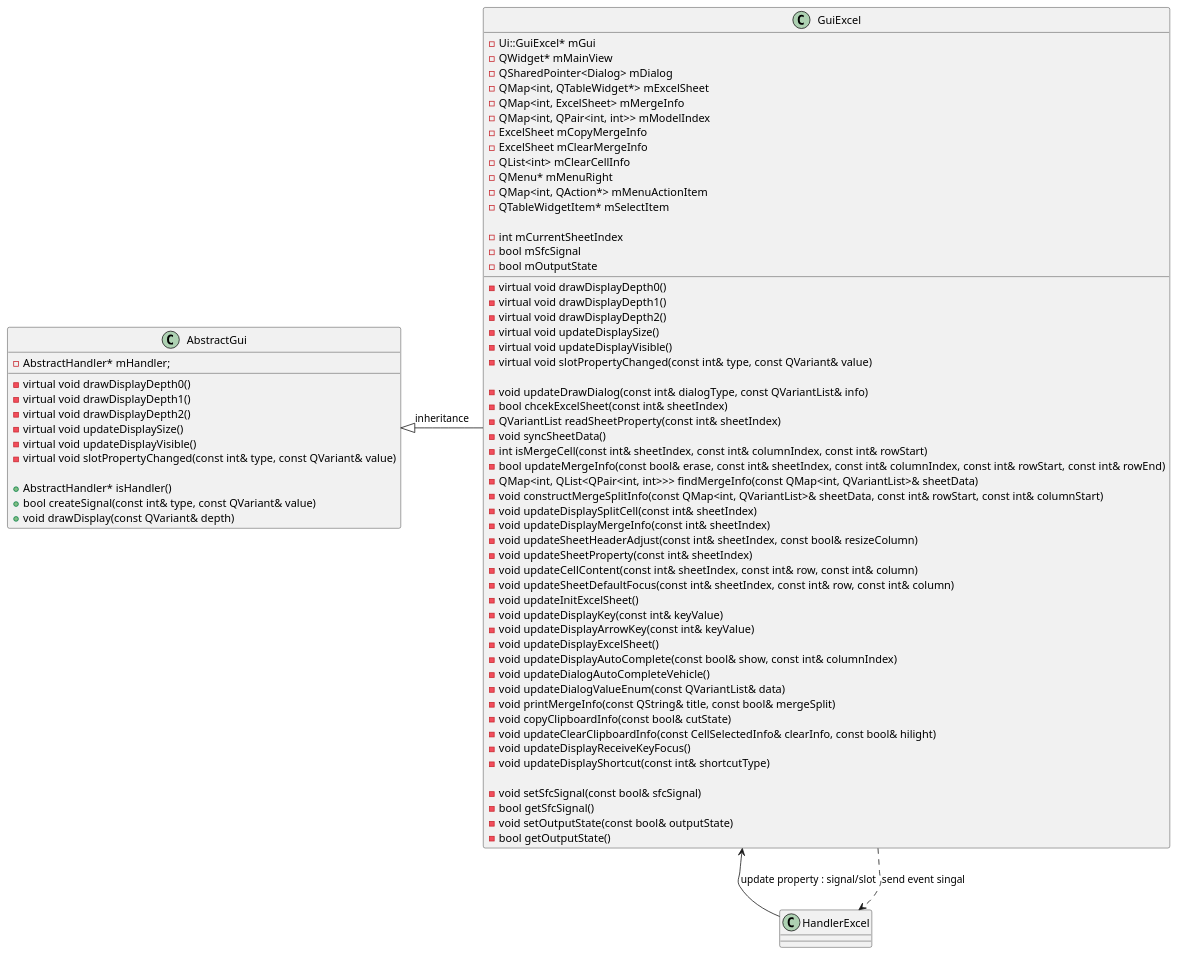
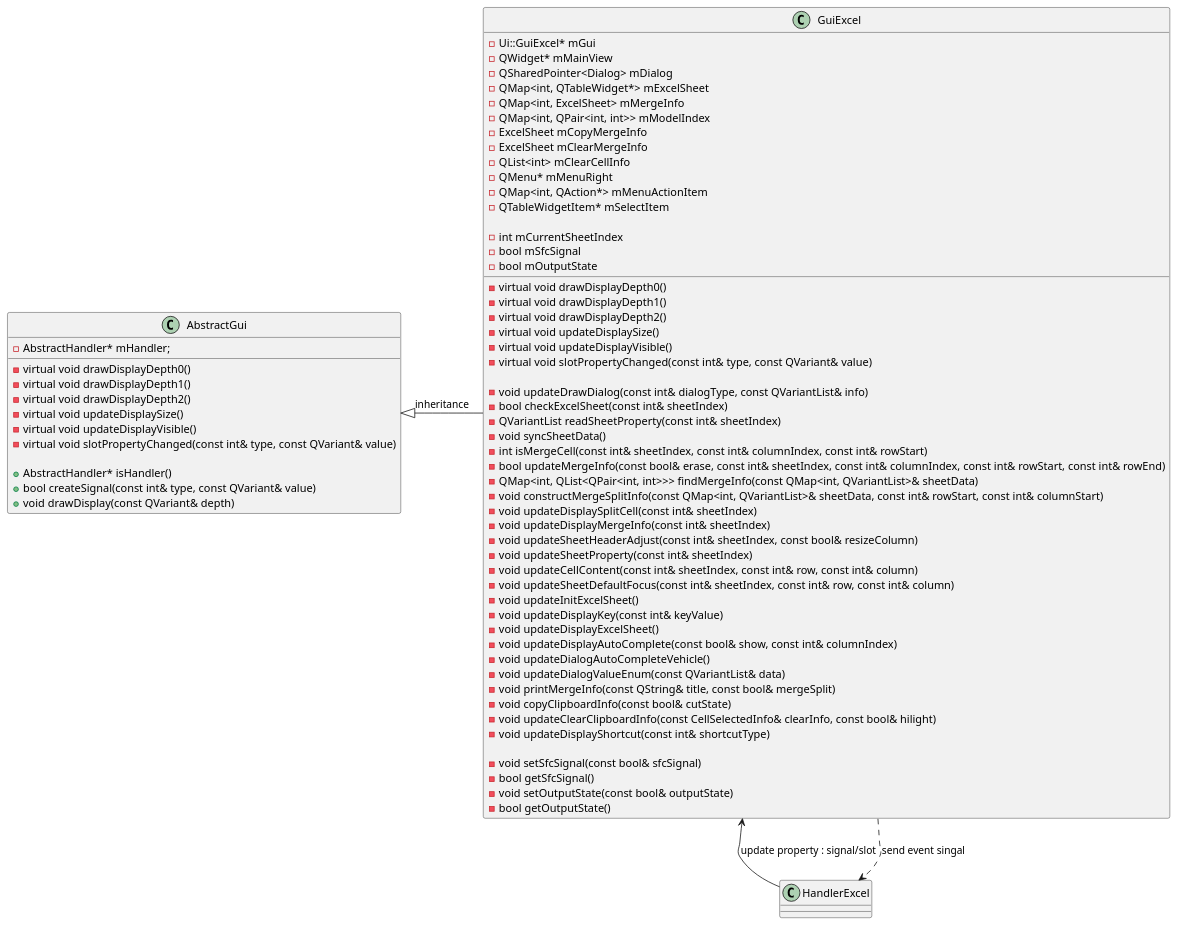
The diagram in Diagram/022_Excel/ClassDiagram_ExcelGui.plantuml (rlarudgh1997/Application), drawn with PlantUML before and after one commit. The commit also changed 28 other files, not shown here.

```diff
--- a/Diagram/022_Excel/ClassDiagram_ExcelGui.plantuml
+++ b/Diagram/022_Excel/ClassDiagram_ExcelGui.plantuml
@@ -1,83 +1,81 @@
 @startuml
 
 ' AbstractGui 클래스 정의
 class AbstractGui {
     -virtual void drawDisplayDepth0()
     -virtual void drawDisplayDepth1()
     -virtual void drawDisplayDepth2()
     -virtual void updateDisplaySize()
     -virtual void updateDisplayVisible()
     -virtual void slotPropertyChanged(const int& type, const QVariant& value)
 
     +AbstractHandler* isHandler()
     +bool createSignal(const int& type, const QVariant& value)
     +void drawDisplay(const QVariant& depth)
 
     -AbstractHandler* mHandler;
 }
 
 ' GuiExcel 클래스 정의
 class GuiExcel {
     -virtual void drawDisplayDepth0()
     -virtual void drawDisplayDepth1()
     -virtual void drawDisplayDepth2()
     -virtual void updateDisplaySize()
     -virtual void updateDisplayVisible()
     -virtual void slotPropertyChanged(const int& type, const QVariant& value)
 
     -void updateDrawDialog(const int& dialogType, const QVariantList& info)
-    -bool chcekExcelSheet(const int& sheetIndex)
+    -bool checkExcelSheet(const int& sheetIndex)
     -QVariantList readSheetProperty(const int& sheetIndex)
     -void syncSheetData()
     -int isMergeCell(const int& sheetIndex, const int& columnIndex, const int& rowStart)
     -bool updateMergeInfo(const bool& erase, const int& sheetIndex, const int& columnIndex, const int& rowStart, const int& rowEnd)
     -QMap<int, QList<QPair<int, int>>> findMergeInfo(const QMap<int, QVariantList>& sheetData)
     -void constructMergeSplitInfo(const QMap<int, QVariantList>& sheetData, const int& rowStart, const int& columnStart)
     -void updateDisplaySplitCell(const int& sheetIndex)
     -void updateDisplayMergeInfo(const int& sheetIndex)
     -void updateSheetHeaderAdjust(const int& sheetIndex, const bool& resizeColumn)
     -void updateSheetProperty(const int& sheetIndex)
     -void updateCellContent(const int& sheetIndex, const int& row, const int& column)
     -void updateSheetDefaultFocus(const int& sheetIndex, const int& row, const int& column)
     -void updateInitExcelSheet()
     -void updateDisplayKey(const int& keyValue)
-    -void updateDisplayArrowKey(const int& keyValue)
     -void updateDisplayExcelSheet()
     -void updateDisplayAutoComplete(const bool& show, const int& columnIndex)
     -void updateDialogAutoCompleteVehicle()
     -void updateDialogValueEnum(const QVariantList& data)
     -void printMergeInfo(const QString& title, const bool& mergeSplit)
     -void copyClipboardInfo(const bool& cutState)
     -void updateClearClipboardInfo(const CellSelectedInfo& clearInfo, const bool& hilight)
-    -void updateDisplayReceiveKeyFocus()
     -void updateDisplayShortcut(const int& shortcutType)
 
     -void setSfcSignal(const bool& sfcSignal)
     -bool getSfcSignal()
     -void setOutputState(const bool& outputState)
     -bool getOutputState()
 
     -Ui::GuiExcel* mGui
     -QWidget* mMainView
     -QSharedPointer<Dialog> mDialog
     -QMap<int, QTableWidget*> mExcelSheet
     -QMap<int, ExcelSheet> mMergeInfo
     -QMap<int, QPair<int, int>> mModelIndex
     -ExcelSheet mCopyMergeInfo
     -ExcelSheet mClearMergeInfo
     -QList<int> mClearCellInfo
     -QMenu* mMenuRight
     -QMap<int, QAction*> mMenuActionItem
     -QTableWidgetItem* mSelectItem
 
     -int mCurrentSheetIndex
     -bool mSfcSignal
     -bool mOutputState
 }
 
 ' 클래스 간의 관계 정의
 AbstractGui <|- GuiExcel : inheritance
 GuiExcel <-- HandlerExcel : update property : signal/slot
 GuiExcel ..> HandlerExcel : send event singal
 
 @enduml
```
